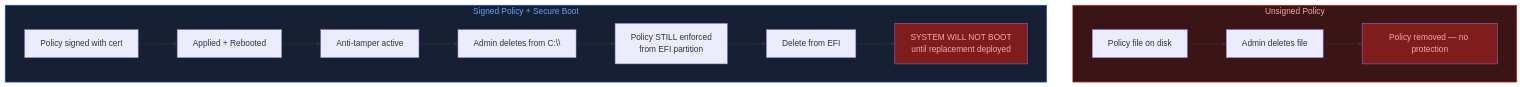
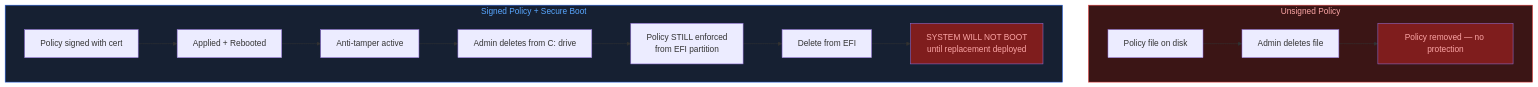
The first of 7 diagrams in docs/Part6-Sign-Apply-Remove-Signed-Policies.md (anubhavg-icpl/appControlBusiness), drawn with Mermaid before and after one commit. The commit also changed other lines of this file and 4 other files, not shown here.

First line of the commit message:
Fix Mermaid v10.9.5 syntax errors + OLED almond color scheme

````diff
--- a/docs/Part6-Sign-Apply-Remove-Signed-Policies.md
+++ b/docs/Part6-Sign-Apply-Remove-Signed-Policies.md
@@ -45,25 +45,25 @@
 ```mermaid
 flowchart TD
     subgraph UNSIGNED["Unsigned Policy"]
         U1[Policy file on disk]
         U2[Admin deletes file]
         U3[Policy removed — no protection]
         U1 --> U2 --> U3
     end
     subgraph SIGNED["Signed Policy + Secure Boot"]
         S1[Policy signed with cert]
         S2[Applied + Rebooted]
         S3[Anti-tamper active]
-        S4[Admin deletes from C:\\]
+        S4[Admin deletes from C: drive]
         S5[Policy STILL enforced\nfrom EFI partition]
         S6[Delete from EFI]
         S7[SYSTEM WILL NOT BOOT\nuntil replacement deployed]
         S1 --> S2 --> S3
         S3 --> S4 --> S5
         S5 --> S6 --> S7
     end
     style UNSIGNED fill:#3b1515,color:#fca5a5,stroke:#ef4444
     style SIGNED fill:#162032,color:#58a6ff,stroke:#2563eb
     style S7 fill:#7f1d1d,color:#fca5a5
     style U3 fill:#7f1d1d,color:#fca5a5
 ```
````
